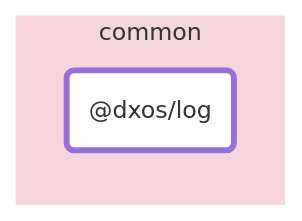
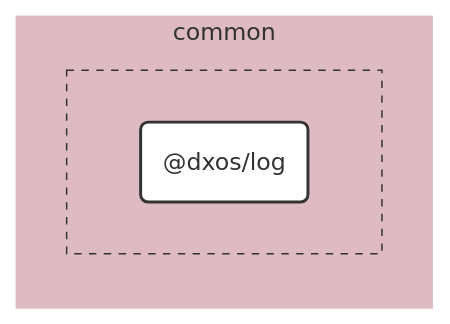
One commit to dxos/dxos changed the diagram in packages/common/log/docs/README.md. Above: the diagram before and after it, drawn with Mermaid. The commit also changed 100 other files, not shown here.

````diff
--- a/packages/common/log/docs/README.md
+++ b/packages/common/log/docs/README.md
@@ -7,12 +7,30 @@
 ```mermaid
-flowchart LR;
+%%{ init: {'flowchart':{'curve':'basis'}} }%%
 
-style dxos/log fill:#fff,stroke-width:4px;
+flowchart LR
+
+%% Links
+
+%% Sections
+subgraph common
+  style common fill:#debac2,stroke:#fff;
 
 
-subgraph common
-  style common fill:#f5d6dd,stroke:#fff;
-  dxos/log("@dxos/log");
+  subgraph common-excluded [ ]
+    style common-excluded fill:#debac2,stroke:#333,stroke-dasharray:5 5;
+
+    dxos/log("@dxos/log")
+  end
 end
 
+
+%% Hyperlinks
+
+%% Styles
+classDef rootNode fill:#fff,stroke:#333,stroke-width:2px
+classDef defaultNode fill:#fff,stroke:#333,stroke-width:1px
+linkStyle default stroke:#333,stroke-width:1px
+
+dxos/log:::rootNode
+
 ```
````
